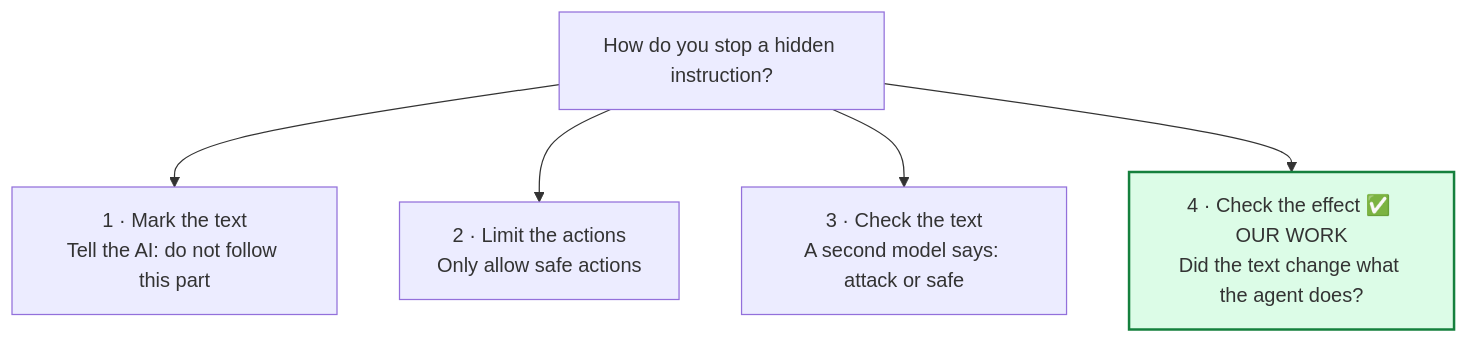
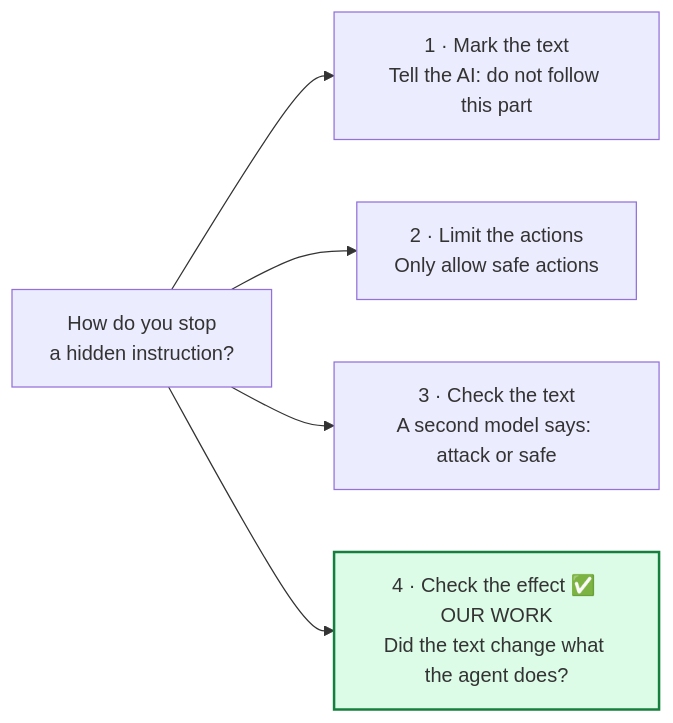
Before and after one commit to ahmadkhanraj01/adaptishield: the second of 7 diagrams in writeup/07-how-my-research-differs.md, drawn with Mermaid. The commit also changed other lines of this file and 3 other files, not shown here.

````diff
--- a/writeup/07-how-my-research-differs.md
+++ b/writeup/07-how-my-research-differs.md
@@ -34,9 +34,9 @@
 ```mermaid
-flowchart TB
-    Q["How do you stop a hidden instruction?"]
+flowchart LR
+    Q["How do you stop<br/>a hidden instruction?"]
     Q --> W1["1 · Mark the text<br/>Tell the AI: do not follow this part"]
     Q --> W2["2 · Limit the actions<br/>Only allow safe actions"]
     Q --> W3["3 · Check the text<br/>A second model says: attack or safe"]
     Q --> W4["4 · Check the effect ✅ OUR WORK<br/>Did the text change what the agent does?"]
     style W4 fill:#dcfce7,stroke:#15803d,stroke-width:2px
 ```
````
